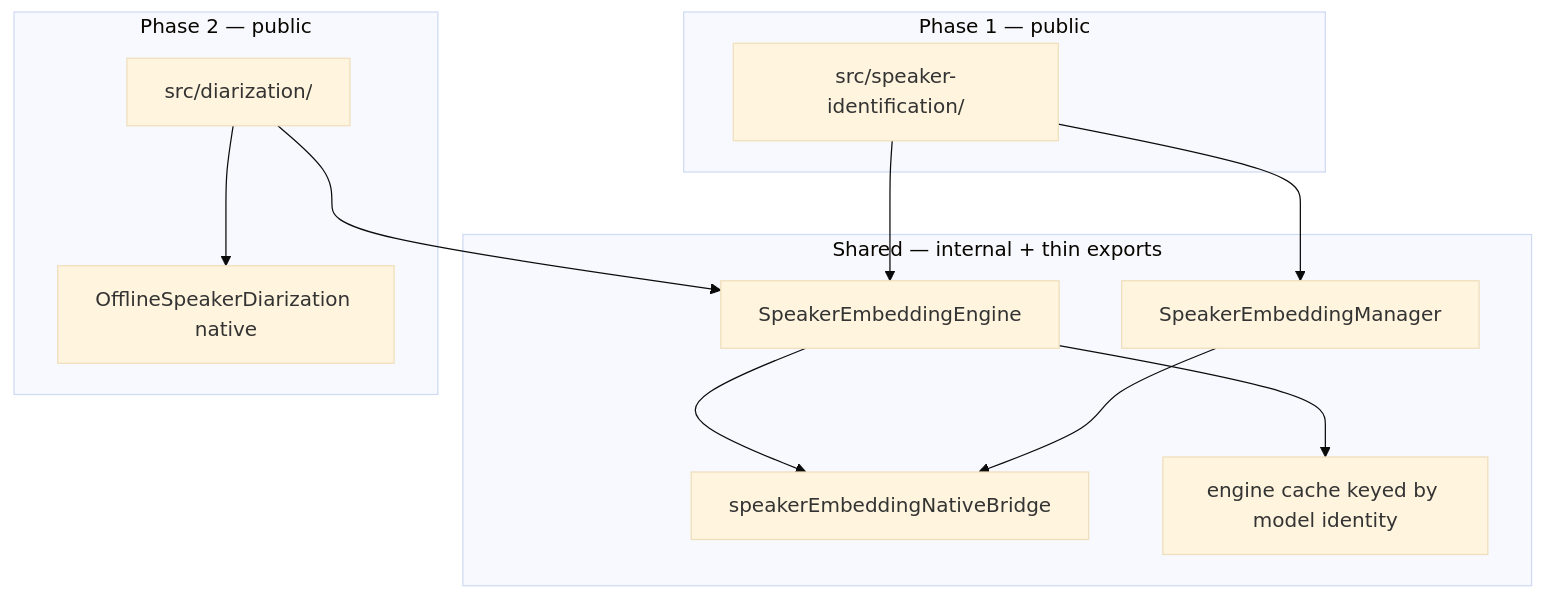
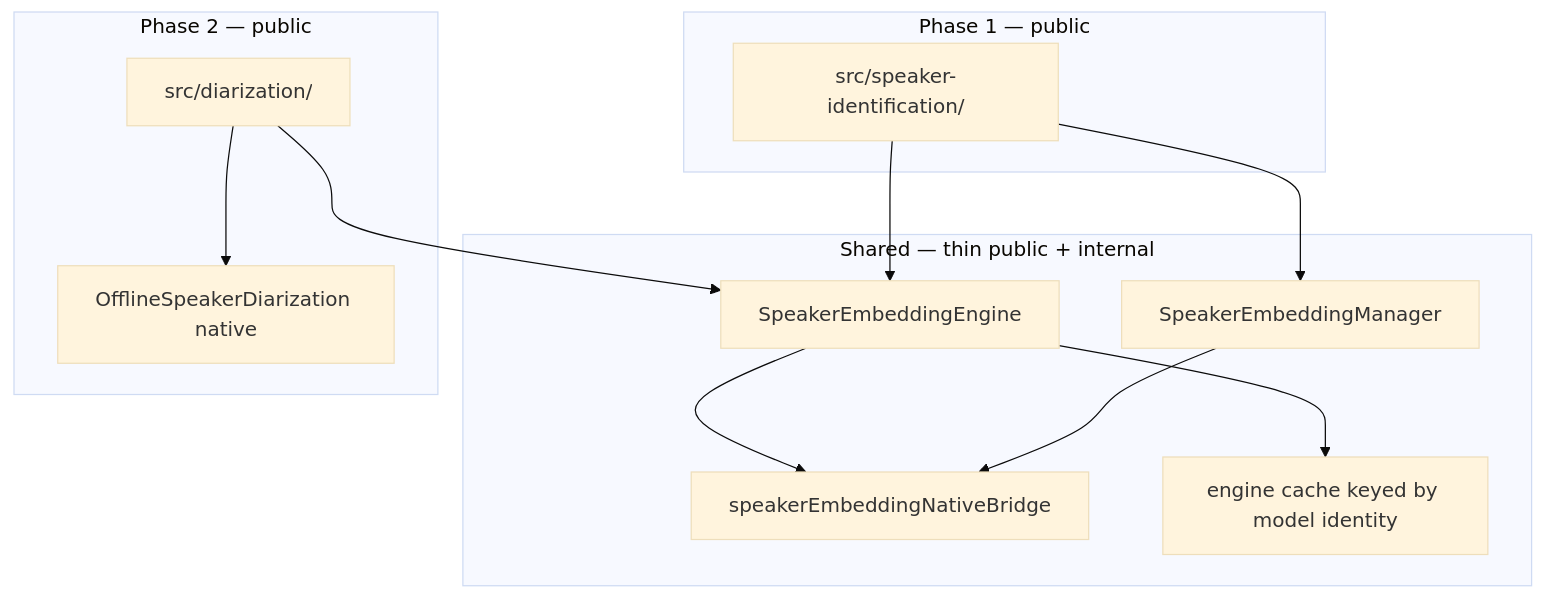
Before and after one commit to XDcobra/react-native-sherpa-onnx: the diagram in docs/internal/speaker-embedding-foundation.md, drawn with Mermaid (base theme). The commit also changed other lines of this file and 7 other files, not shown here.

````diff
--- a/docs/internal/speaker-embedding-foundation.md
+++ b/docs/internal/speaker-embedding-foundation.md
@@ -25,26 +25,26 @@
 ```mermaid
 flowchart TB
   subgraph phase1 ["Phase 1 — public"]
     SID["src/speaker-identification/"]
   end
 
-  subgraph shared ["Shared — internal + thin exports"]
+  subgraph shared ["Shared — thin public + internal"]
     EXT["SpeakerEmbeddingEngine"]
     MGR["SpeakerEmbeddingManager"]
     BRIDGE["speakerEmbeddingNativeBridge"]
     CACHE["engine cache keyed by model identity"]
   end
 
   subgraph phase2 ["Phase 2 — public"]
     DIA["src/diarization/"]
     OSD["OfflineSpeakerDiarization native"]
   end
 
   SID --> EXT
   SID --> MGR
   DIA --> EXT
   DIA --> OSD
   EXT --> BRIDGE
   MGR --> BRIDGE
   EXT --> CACHE
 ```
````
